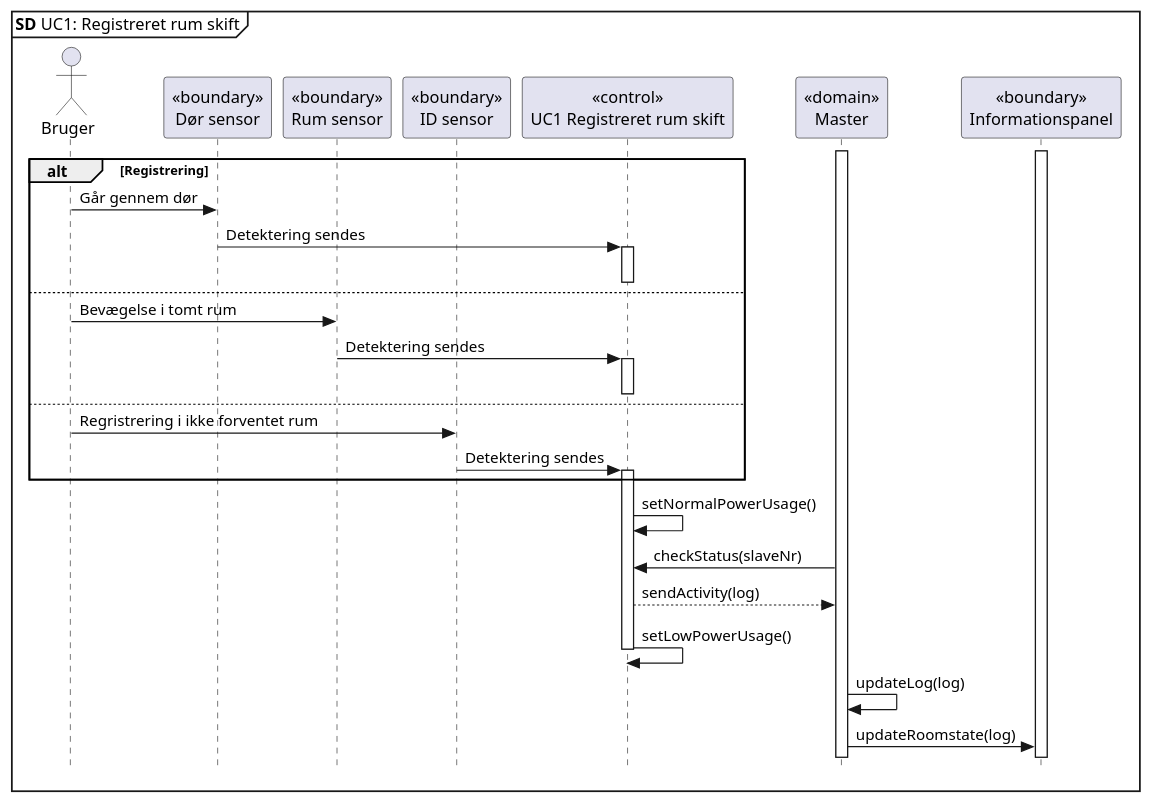
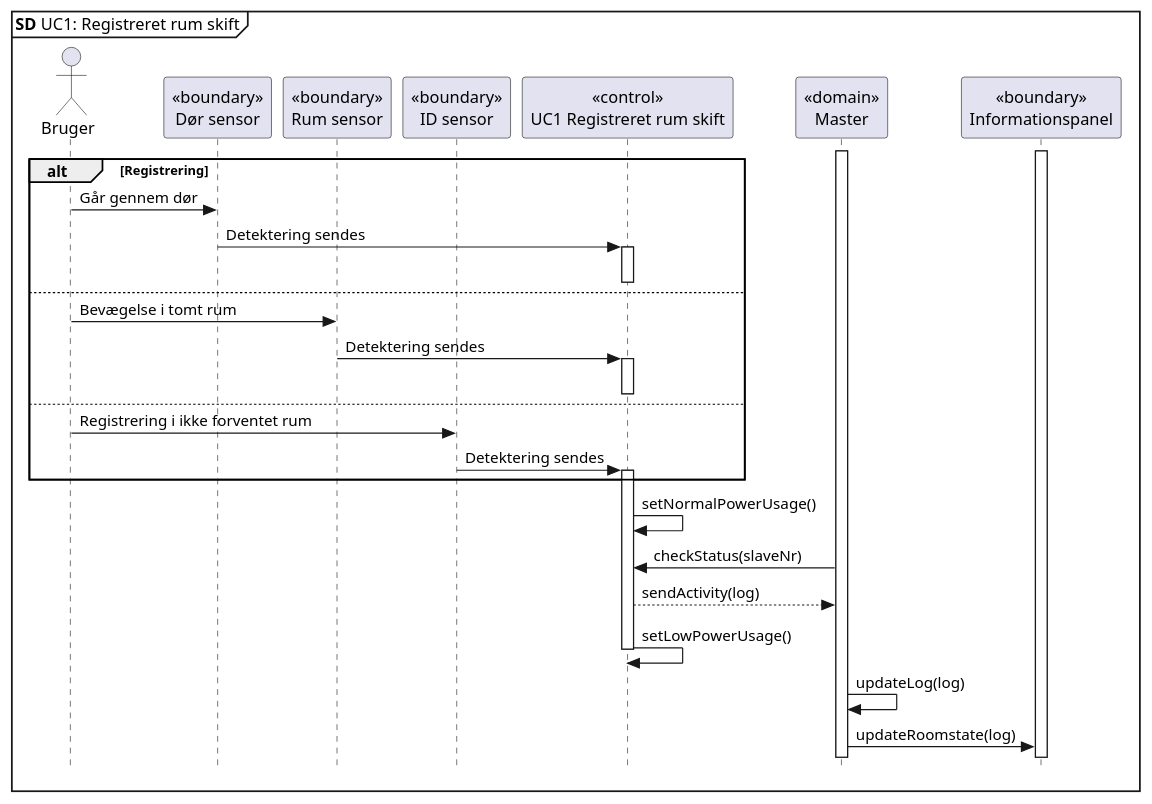
The diagram in SysML/UC1 SD.puml (Tukkel/Projekt_2), drawn with PlantUML before and after one commit.

Commit message:
Fixed type error

```diff
--- a/SysML/UC1 SD.puml
+++ b/SysML/UC1 SD.puml
@@ -1,38 +1,38 @@
 @startuml UC1 SD
 skinparam style strictuml
 
 mainframe **SD** UC1: Registreret rum skift
 
 actor       Bruger      as bruger
 participant "<<boundary>>\nDør sensor" as dør
 participant "<<boundary>>\nRum sensor" as rum
 participant "<<boundary>>\nID sensor" as ID
 participant "<<control>>\nUC1 Registreret rum skift" as slave
 participant "<<domain>>\nMaster" as master
 participant "<<boundary>>\nInformationspanel" as panel
 
 activate master
 activate panel
 alt Registrering
 bruger -> dør : Går gennem dør
 dør -> slave : Detektering sendes
 activate slave
 else
 deactivate slave
 bruger -> rum : Bevægelse i tomt rum
 rum -> slave : Detektering sendes
 activate slave
 else
 deactivate slave
-bruger -> ID : Regristrering i ikke forventet rum
+bruger -> ID : Registrering i ikke forventet rum
 ID -> slave : Detektering sendes
 activate slave
 end
 slave -> slave : setNormalPowerUsage()
 master -> slave : checkStatus(slaveNr)
 slave --> master : sendActivity(log)
 slave -> slave : setLowPowerUsage()
 deactivate slave
 master -> master : updateLog(log)
 master -> panel : updateRoomstate(log)
 @enduml
```
